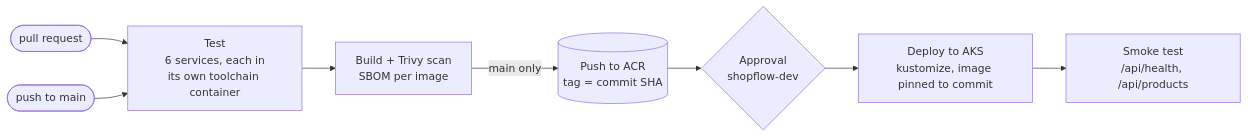
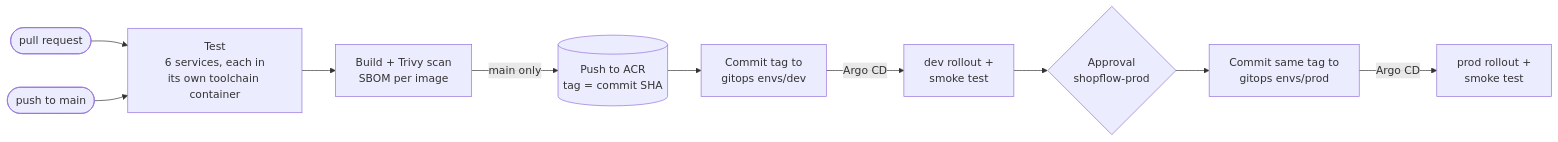
One commit to kirthikesh/shopflow-app changed the second of 2 diagrams in README.md. Above: the diagram before and after it, drawn with Mermaid. The commit also changed other lines of this file and 19 other files, not shown here.

Commit message:
feat(ci): GitOps release with Argo CD: dev on every push, prod after approval

````diff
--- a/README.md
+++ b/README.md
@@ -109,10 +110,12 @@
 ```mermaid
 flowchart LR
     PR([pull request]) --> T
     MAIN([push to main]) --> T
     T[Test<br/>6 services, each in<br/>its own toolchain container] --> B[Build + Trivy scan<br/>SBOM per image]
     B -->|main only| P[(Push to ACR<br/>tag = commit SHA)]
-    P --> A{Approval<br/>shopflow-dev}
-    A --> D[Deploy to AKS<br/>kustomize, image pinned to commit]
-    D --> S[Smoke test<br/>/api/health, /api/products]
+    P --> D[Commit tag to<br/>gitops envs/dev]
+    D -->|Argo CD| DS[dev rollout +<br/>smoke test]
+    DS --> A{Approval<br/>shopflow-prod}
+    A --> PR2[Commit same tag to<br/>gitops envs/prod]
+    PR2 -->|Argo CD| PS[prod rollout +<br/>smoke test]
 ```
````
